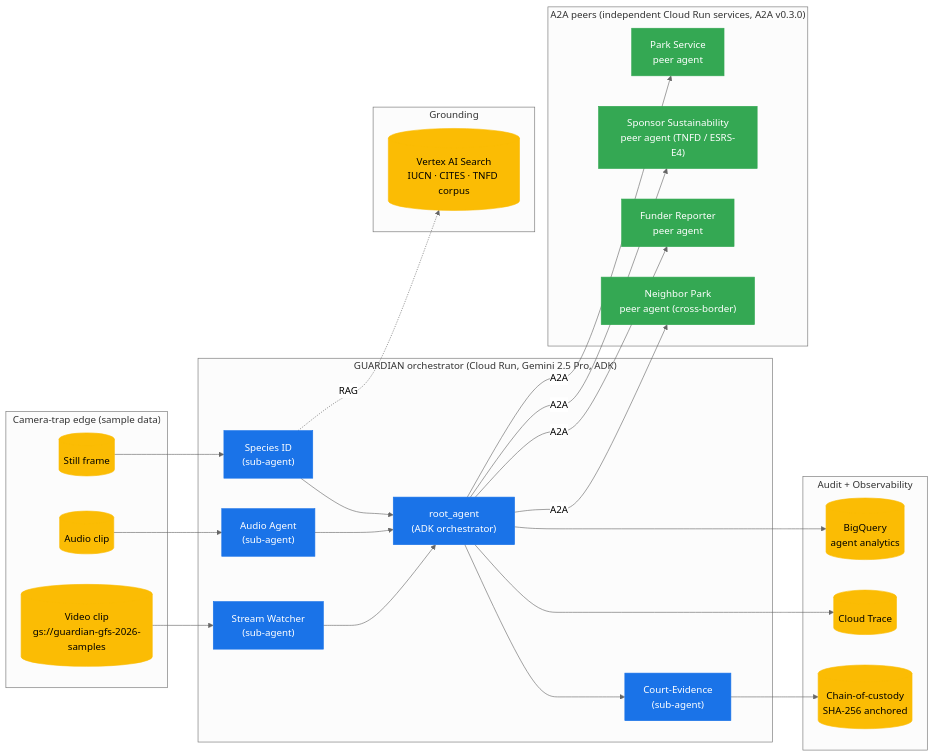
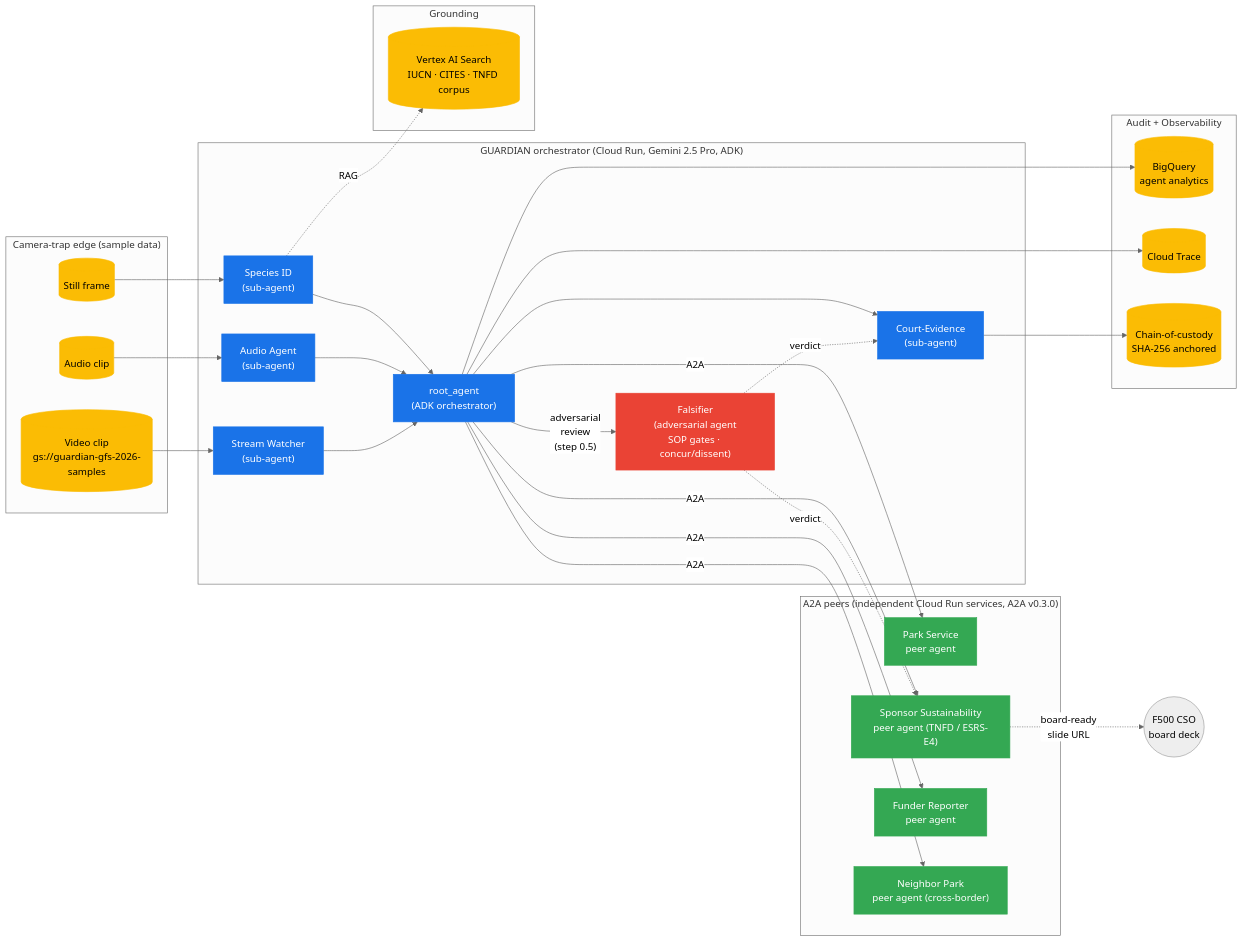
The diagram in video-assets/architecture/guardian-architecture.mmd (odominguez7/guardian), drawn with Mermaid (neutral theme) before and after one commit. The commit also changed 2 other files, not shown here.

First paragraph of the commit message:
docs(move-5.3): update README + architecture + Marketplace listing
PLAN_V3.md Move 5.3. README + architecture diagram + Marketplace listing
now reflect everything that landed in Moves 0-4.

```diff
--- a/video-assets/architecture/guardian-architecture.mmd
+++ b/video-assets/architecture/guardian-architecture.mmd
@@ -1,56 +1,63 @@
 %% GUARDIAN architecture — render this Mermaid to PNG for video §4 (1:45–2:15).
 %% Camera moves left-to-right; callouts highlight Gemini, ADK, A2A, Vertex AI Search, BigQuery, Cloud Run.
 flowchart LR
   subgraph EDGE["Camera-trap edge (sample data)"]
     VID[("Video clip<br/>gs://guardian-gfs-2026-samples")]
     AUD[("Audio clip")]
     IMG[("Still frame")]
   end
 
   subgraph GUARDIAN["GUARDIAN orchestrator (Cloud Run, Gemini 2.5 Pro, ADK)"]
     ORCH["root_agent<br/>(ADK orchestrator)"]
     SW["Stream Watcher<br/>(sub-agent)"]
     AA["Audio Agent<br/>(sub-agent)"]
     SID["Species ID<br/>(sub-agent)"]
+    FALS["Falsifier<br/>(adversarial agent<br/>SOP gates · concur/dissent)"]
     CE["Court-Evidence<br/>(sub-agent)"]
   end
 
   subgraph CORPUS["Grounding"]
     VS[("Vertex AI Search<br/>IUCN · CITES · TNFD corpus")]
   end
 
   subgraph PEERS["A2A peers (independent Cloud Run services, A2A v0.3.0)"]
     P1["Park Service<br/>peer agent"]
     P2["Sponsor Sustainability<br/>peer agent (TNFD / ESRS-E4)"]
     P3["Funder Reporter<br/>peer agent"]
     P4["Neighbor Park<br/>peer agent (cross-border)"]
   end
 
   subgraph AUDIT["Audit + Observability"]
     BQ[("BigQuery<br/>agent analytics")]
     TR[("Cloud Trace")]
     EV[("Chain-of-custody<br/>SHA-256 anchored")]
   end
 
   VID --> SW
   AUD --> AA
   IMG --> SID
   SW --> ORCH
   AA --> ORCH
   SID --> ORCH
   SID -.->|RAG| VS
+  ORCH -->|"adversarial<br/>review<br/>(step 0.5)"| FALS
+  FALS -.->|verdict| CE
+  FALS -.->|verdict| P2
   ORCH -->|A2A| P1
   ORCH -->|A2A| P2
   ORCH -->|A2A| P3
   ORCH -->|A2A| P4
   ORCH --> CE
   CE --> EV
+  P2 -.->|"board-ready<br/>slide URL"| F500((F500 CSO<br/>board deck))
   ORCH --> BQ
   ORCH --> TR
 
   classDef gcp fill:#1a73e8,color:#fff,stroke:#1a73e8;
   classDef peer fill:#34a853,color:#fff,stroke:#34a853;
   classDef data fill:#fbbc04,color:#000,stroke:#fbbc04;
+  classDef audit fill:#ea4335,color:#fff,stroke:#ea4335;
   class ORCH,SW,AA,SID,CE gcp;
   class P1,P2,P3,P4 peer;
   class VS,BQ,TR,EV,VID,AUD,IMG data;
+  class FALS audit;
```
